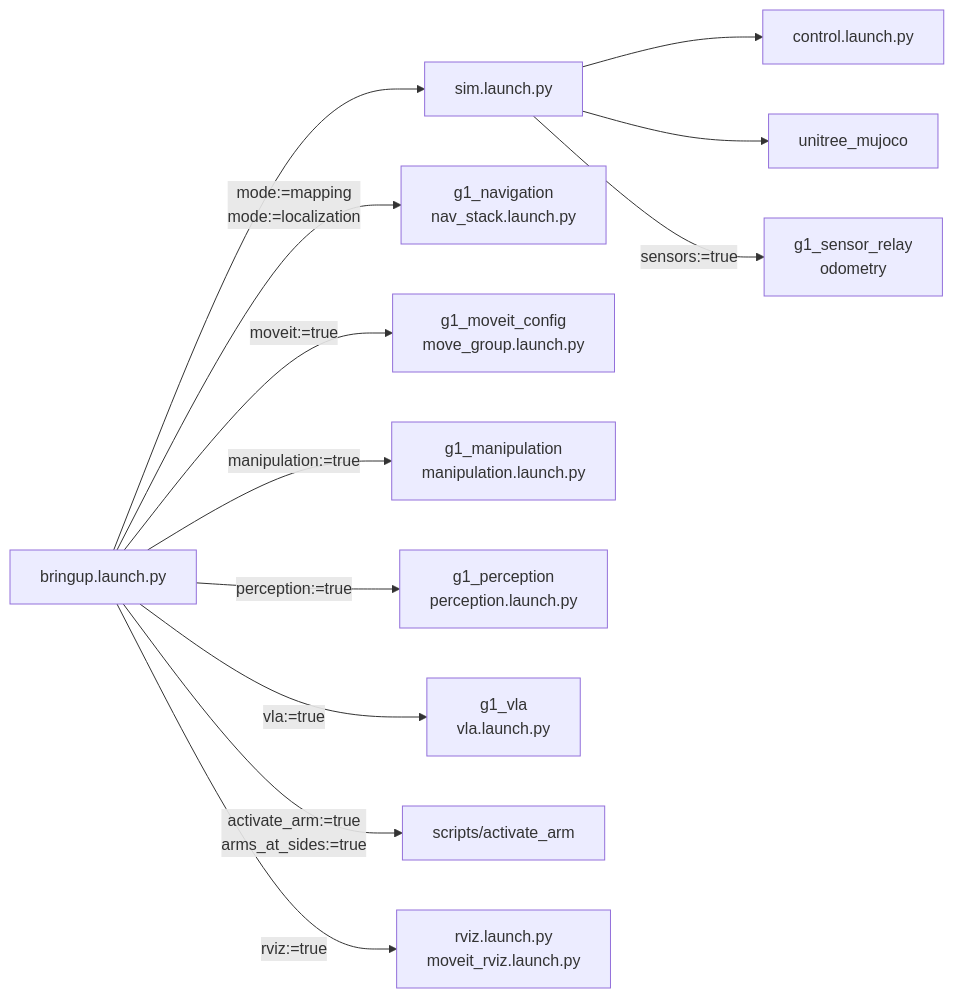
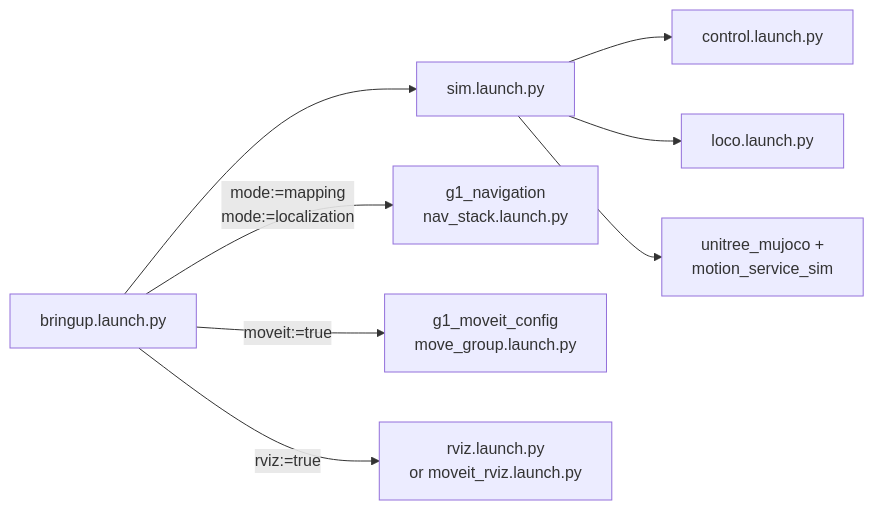
Before and after one commit to Mertsr/merts-g1-dex5: the diagram in workspace/src/g1_bringup/README.md, drawn with Mermaid. The commit also changed other lines of this file and 694 other files, not shown here.

````diff
--- a/workspace/src/g1_bringup/README.md
+++ b/workspace/src/g1_bringup/README.md
@@ -14,15 +8,11 @@
 ```mermaid
 flowchart LR
     B["bringup.launch.py"]
     B --> S["sim.launch.py"]
     B -->|"mode:=mapping<br/>mode:=localization"| N["g1_navigation<br/>nav_stack.launch.py"]
     B -->|"moveit:=true"| MG["g1_moveit_config<br/>move_group.launch.py"]
-    B -->|"manipulation:=true"| MA["g1_manipulation<br/>manipulation.launch.py"]
-    B -->|"perception:=true"| P["g1_perception<br/>perception.launch.py"]
-    B -->|"vla:=true"| V["g1_vla<br/>vla.launch.py"]
-    B -->|"activate_arm:=true<br/>arms_at_sides:=true"| A["scripts/activate_arm"]
-    B -->|"rviz:=true"| R["rviz.launch.py<br/>moveit_rviz.launch.py"]
+    B -->|"rviz:=true"| R["rviz.launch.py<br/>or moveit_rviz.launch.py"]
     S --> C["control.launch.py"]
-    S --> MJ["unitree_mujoco"]
-    S -->|"sensors:=true"| SR["g1_sensor_relay<br/>odometry"]
+    S --> L["loco.launch.py"]
+    S --> MJ["unitree_mujoco +<br/>motion_service_sim"]
 ```
````
